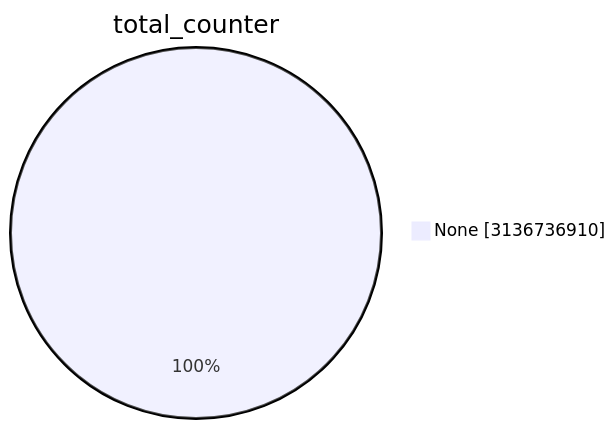
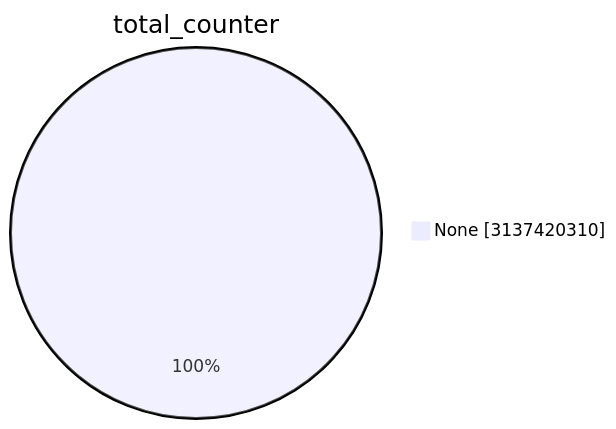
One commit to christiankrug/ctmonitor_visualization changed the first of 15 diagrams in TOTAL/README.md. Above: the diagram before and after it, drawn with Mermaid. The commit also changed other lines of this file, not shown here.

````diff
--- a/TOTAL/README.md
+++ b/TOTAL/README.md
@@ -1,5 +1,5 @@
 ```mermaid
 pie showData
 title total_counter
-"None" :3136736910
+"None" :3137420310
 ```
````
